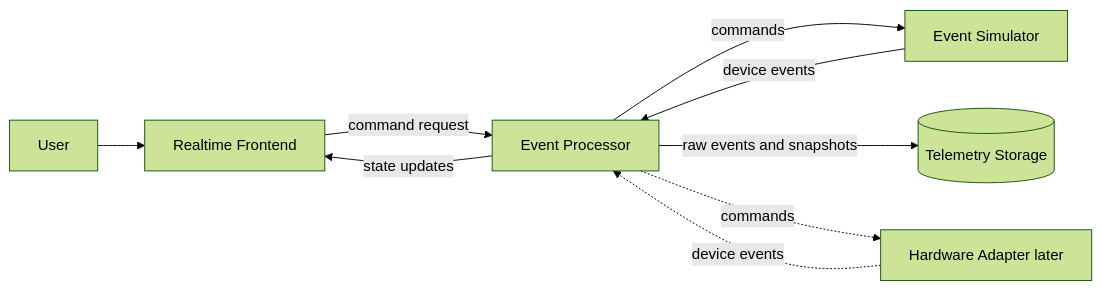
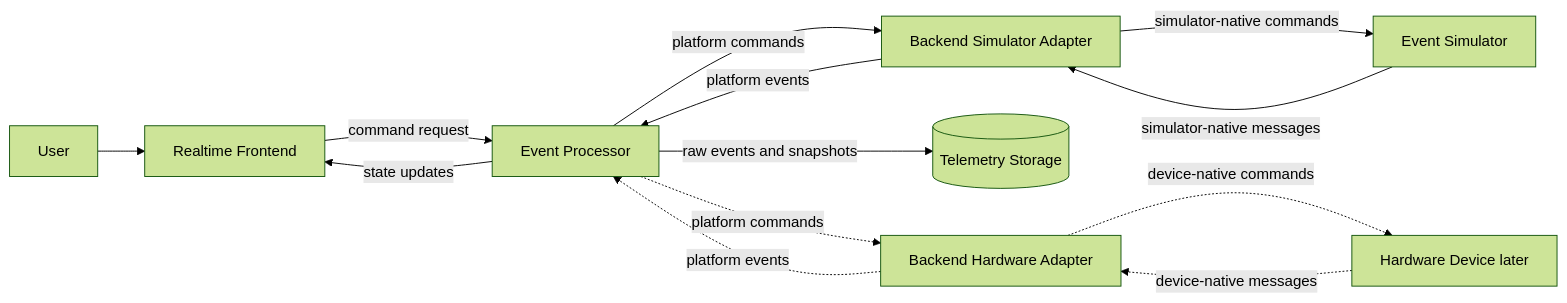
One commit to SzymonAntczak/smart-room-realtime-control-platform changed the first of 8 diagrams in docs/architecture/examples.md. Above: the diagram before and after it, drawn with Mermaid (forest theme). The commit also changed other lines of this file and 9 other files, not shown here.

````diff
--- a/docs/architecture/examples.md
+++ b/docs/architecture/examples.md
@@ -9,14 +9,18 @@
 ```mermaid
 flowchart LR
     user[User] --> ui[Realtime Frontend]
     ui -->|command request| backend[Event Processor]
     backend -->|state updates| ui
 
-    simulator[Event Simulator] -->|device events| backend
-    backend -->|commands| simulator
+    simulator[Event Simulator] -->|simulator-native messages| simAdapter[Backend Simulator Adapter]
+    simAdapter -->|platform events| backend
+    backend -->|platform commands| simAdapter
+    simAdapter -->|simulator-native commands| simulator
 
     backend -->|raw events and snapshots| storage[(Telemetry Storage)]
 
-    hardware[Hardware Adapter later] -.->|device events| backend
-    backend -.->|commands| hardware
+    hardware[Hardware Device later] -.->|device-native messages| hwAdapter[Backend Hardware Adapter]
+    hwAdapter -.->|platform events| backend
+    backend -.->|platform commands| hwAdapter
+    hwAdapter -.->|device-native commands| hardware
 ```
````
